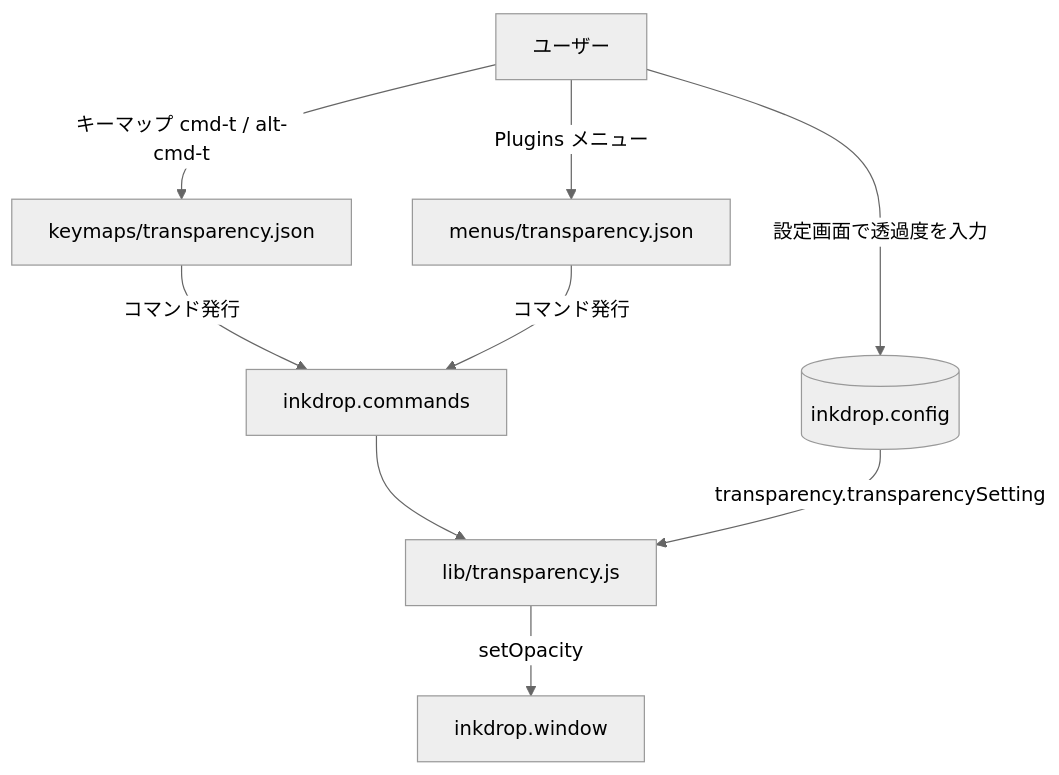
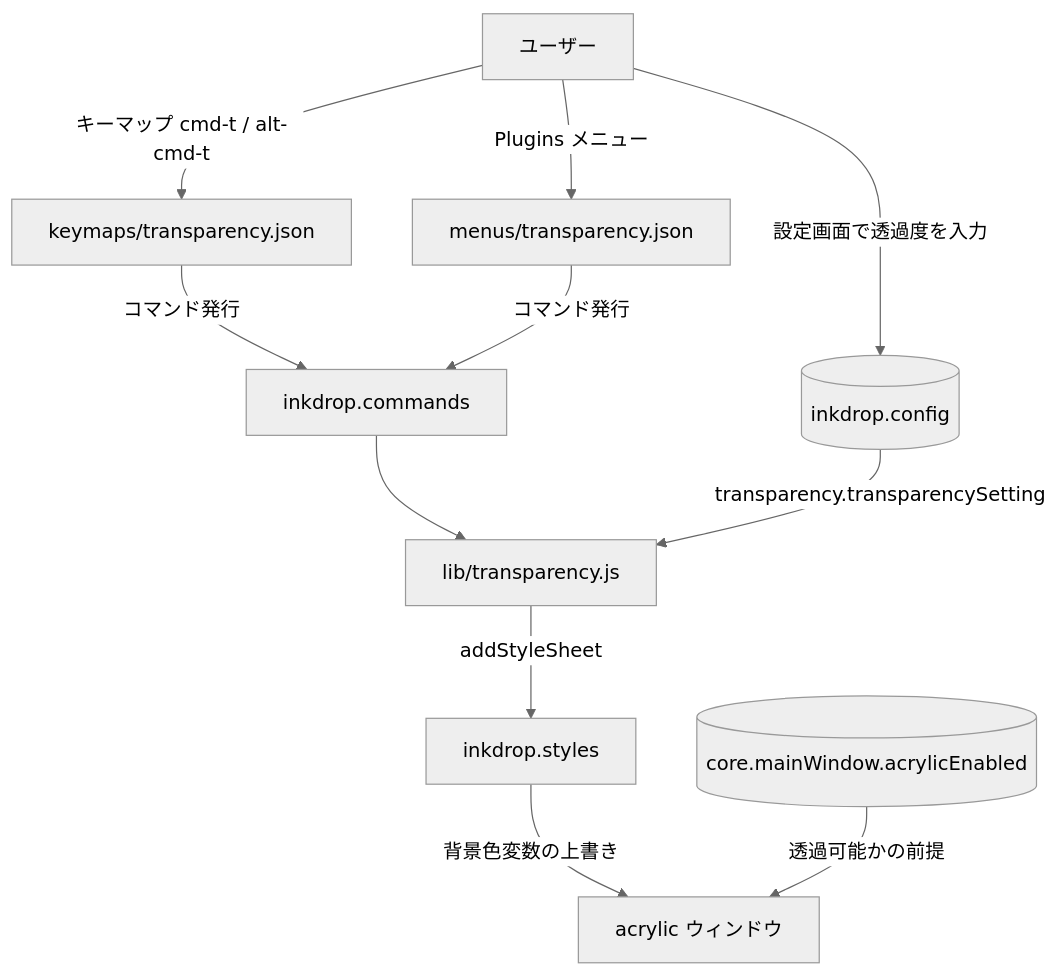
One commit to ban367/inkdrop-transparency changed the first of 2 diagrams in docs/design/architecture.md. Above: the diagram before and after it, drawn with Mermaid (neutral theme). The commit also changed other lines of this file and 11 other files, not shown here.

````diff
--- a/docs/design/architecture.md
+++ b/docs/design/architecture.md
@@ -9,13 +9,15 @@
 ```mermaid
 graph TD
     U[ユーザー] -->|キーマップ cmd-t / alt-cmd-t| KM[keymaps/transparency.json]
     U -->|Plugins メニュー| MN[menus/transparency.json]
     U -->|設定画面で透過度を入力| CFG[(inkdrop.config)]
 
     KM -->|コマンド発行| CMD[inkdrop.commands]
     MN -->|コマンド発行| CMD
     CMD --> PLG[lib/transparency.js]
 
     CFG -->|transparency.transparencySetting| PLG
-    PLG -->|setOpacity| WIN[inkdrop.window]
+    PLG -->|addStyleSheet| STY[inkdrop.styles]
+    STY -->|背景色変数の上書き| WIN[acrylic ウィンドウ]
+    CORE[(core.mainWindow.acrylicEnabled)] -->|透過可能かの前提| WIN
 ```
````
